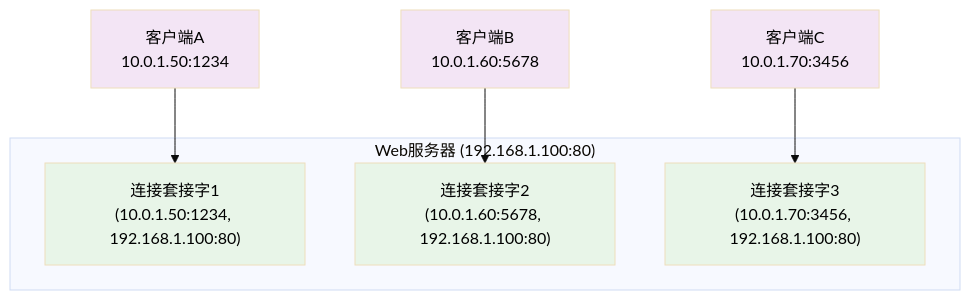
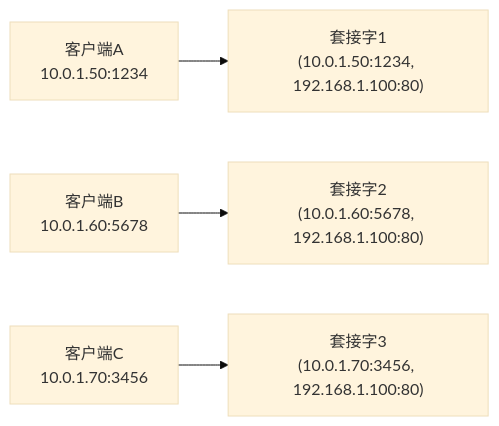
Before and after one commit to Dtheme/CS-base: the fifth of 9 diagrams in 计算机网络/3.1传输层：服务模型与多路复用.md, drawn with Mermaid (base theme). The commit also changed other lines of this file and 51 other files, not shown here.

````diff
--- a/计算机网络/3.1传输层：服务模型与多路复用.md
+++ b/计算机网络/3.1传输层：服务模型与多路复用.md
@@ -254,20 +231,6 @@
 ```mermaid
-graph TD
-    subgraph "Web服务器 (192.168.1.100:80)"
-        SOCKET1["连接套接字1<br/>(10.0.1.50:1234, 192.168.1.100:80)"]
-        SOCKET2["连接套接字2<br/>(10.0.1.60:5678, 192.168.1.100:80)"]
-        SOCKET3["连接套接字3<br/>(10.0.1.70:3456, 192.168.1.100:80)"]
-        
-        style SOCKET1 fill:#e8f5e8,color:#000000
-        style SOCKET2 fill:#e8f5e8,color:#000000
-        style SOCKET3 fill:#e8f5e8,color:#000000
-    end
-    
-    CLIENT1["客户端A<br/>10.0.1.50:1234"] --> SOCKET1
-    CLIENT2["客户端B<br/>10.0.1.60:5678"] --> SOCKET2  
-    CLIENT3["客户端C<br/>10.0.1.70:3456"] --> SOCKET3
-    
-    style CLIENT1 fill:#f3e5f5,color:#000000
-    style CLIENT2 fill:#f3e5f5,color:#000000
-    style CLIENT3 fill:#f3e5f5,color:#000000
+graph LR
+    C1["客户端A<br/>10.0.1.50:1234"] --> K1["套接字1<br/>(10.0.1.50:1234, 192.168.1.100:80)"]
+    C2["客户端B<br/>10.0.1.60:5678"] --> K2["套接字2<br/>(10.0.1.60:5678, 192.168.1.100:80)"]
+    C3["客户端C<br/>10.0.1.70:3456"] --> K3["套接字3<br/>(10.0.1.70:3456, 192.168.1.100:80)"]
 ```
````
